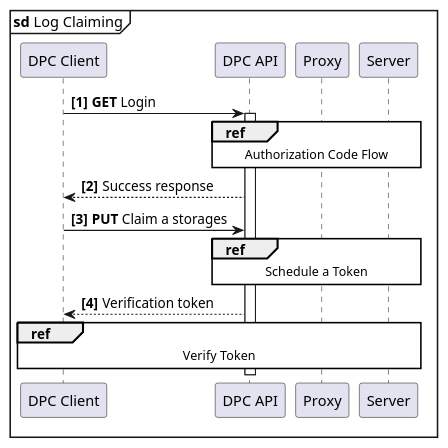
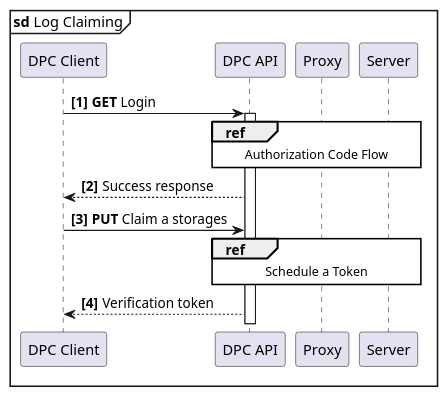
Before and after one commit to guddii/SEACT: the diagram in docs/resources/diagrams/sd_Log_claiming.puml, drawn with PlantUML. The commit also changed 63 other files, not shown here.

```diff
--- a/docs/resources/diagrams/sd_Log_claiming.puml
+++ b/docs/resources/diagrams/sd_Log_claiming.puml
@@ -1,22 +1,20 @@
 @startuml
 'https://plantuml.com/sequence-diagram
 
 skinparam sequenceReferenceBackgroundColor white
 
 mainframe **sd** Log Claiming
 autonumber 1 1 "<b>[0]"
 
 participant "DPC Client" as DPC_Client
 participant "DPC API" as DPC_API
 participant "Proxy" as Proxy
 participant "Server" as Server
 
 DPC_Client  ->  DPC_API             ++  : **GET** Login
 ref over DPC_API,Proxy,Server           : Authorization Code Flow
 DPC_Client  <-- DPC_API                 : Success response
 DPC_Client  ->  DPC_API                 : **PUT** Claim a storages
 ref over DPC_API,Proxy,Server           : Schedule a Token
 DPC_Client  <-- DPC_API                 : Verification token
-
-ref over DPC_Client,Proxy,Server        : Verify Token
 @enduml
```
